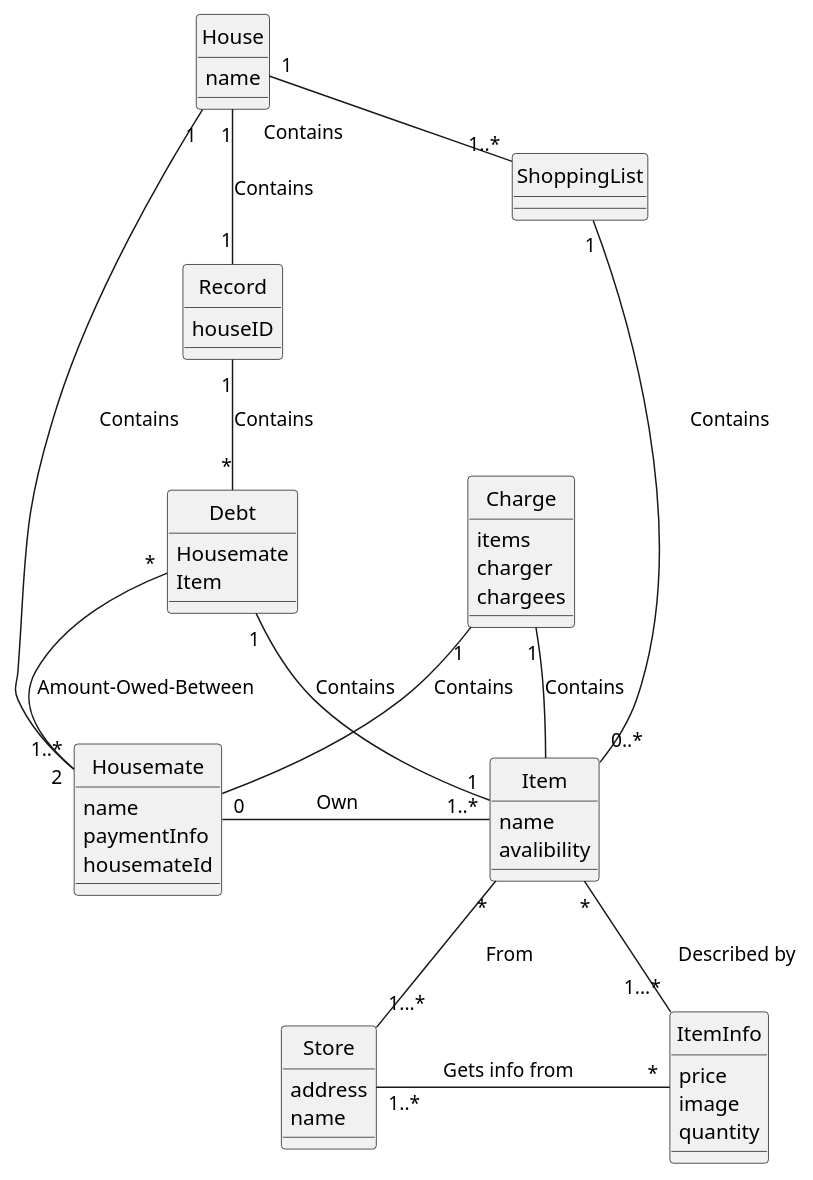
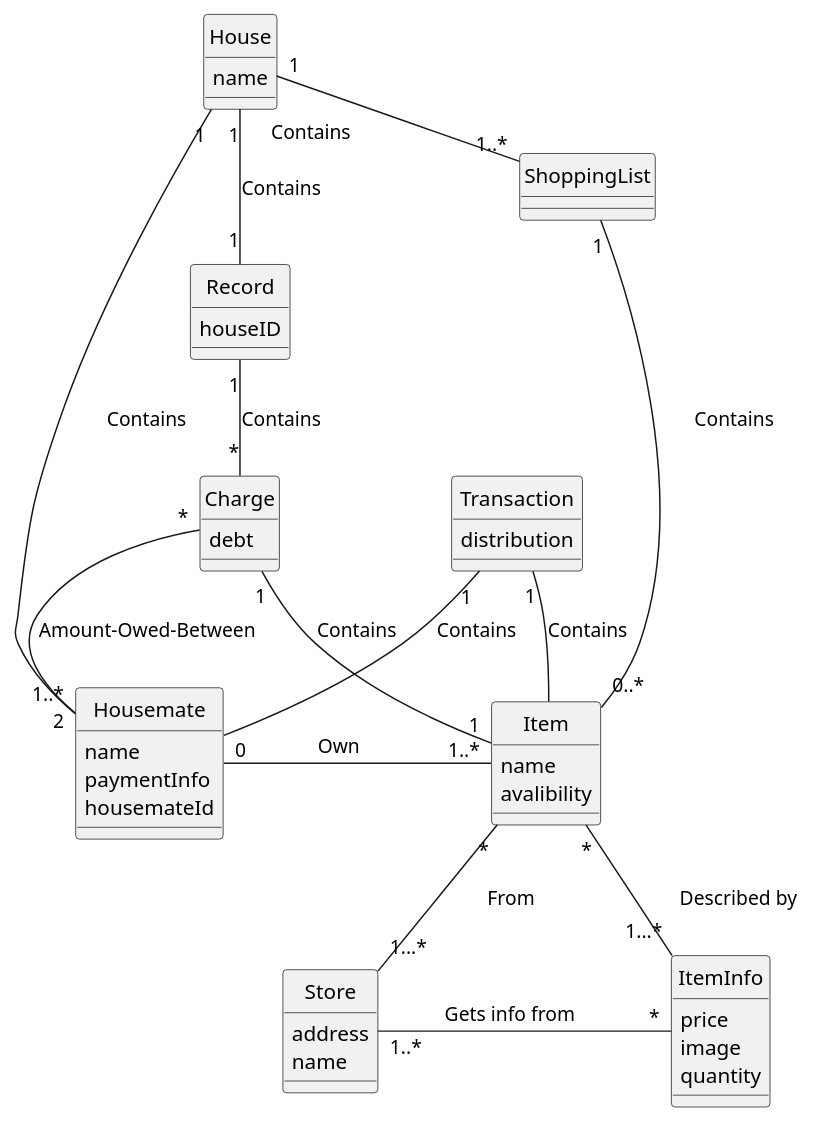
Before and after one commit to willemnielsen/House-App: the first of 4 diagrams in doc/design.md, drawn with PlantUML. The commit also changed other lines of this file and 1 other file, not shown here.

Commit message:
Implemented Debt class

````diff
--- a/doc/design.md
+++ b/doc/design.md
@@ -2,59 +2,56 @@
 ```plantuml
 @startuml
 hide circle
 class House{
     name
 }
 class ShoppingList{ 
 }
 class Item{
     name
     avalibility
 }
 class Store{
     address
     name
 }
 class ItemInfo{
     price
     image
     quantity
 }
 class Record{
     houseID
 }
-class Debt{
-    Housemate
-    Item
+class Charge{
+    debt
 }
 class Housemate{   
     name
     paymentInfo
     housemateId
 }
-class Charge{
-    items
-    charger
-    chargees
+class Transaction{
+    distribution
 }
 
 ' associations
 House "1" -- "1..*" Housemate : \tContains\t\t
 House "1" -right- "1..*" ShoppingList : \tContains\t\t
 House "1" -- "1" Record : Contains
 Housemate "0" - "1..*" Item : \tOwn\t\t
 ShoppingList "1" - "0..*" Item : \tContains\t\t
 Item "*" -- "1...*" Store : \tFrom\t\t
 Item "*" -- "1...*" ItemInfo : \tDescribed by \t\t
 ItemInfo "*" -left- "1..*"  Store : \tGets info from\t\t
-Record "1" -- "*" Debt : Contains
-Debt "1" --  "1" Item : Contains
-Debt "*" -- "2" Housemate : Amount-Owed-Between
-Charge "1" -- Item : Contains
-Charge "1" -- Housemate : Contains
+Record "1" -- "*" Charge : Contains
+Charge "1" --  "1" Item : Contains
+Charge "*" -- "2" Housemate : Amount-Owed-Between
+Transaction "1" -- Item : Contains
+Transaction "1" -- Housemate : Contains
 @enduml
 
 
 
 
 ```
````
